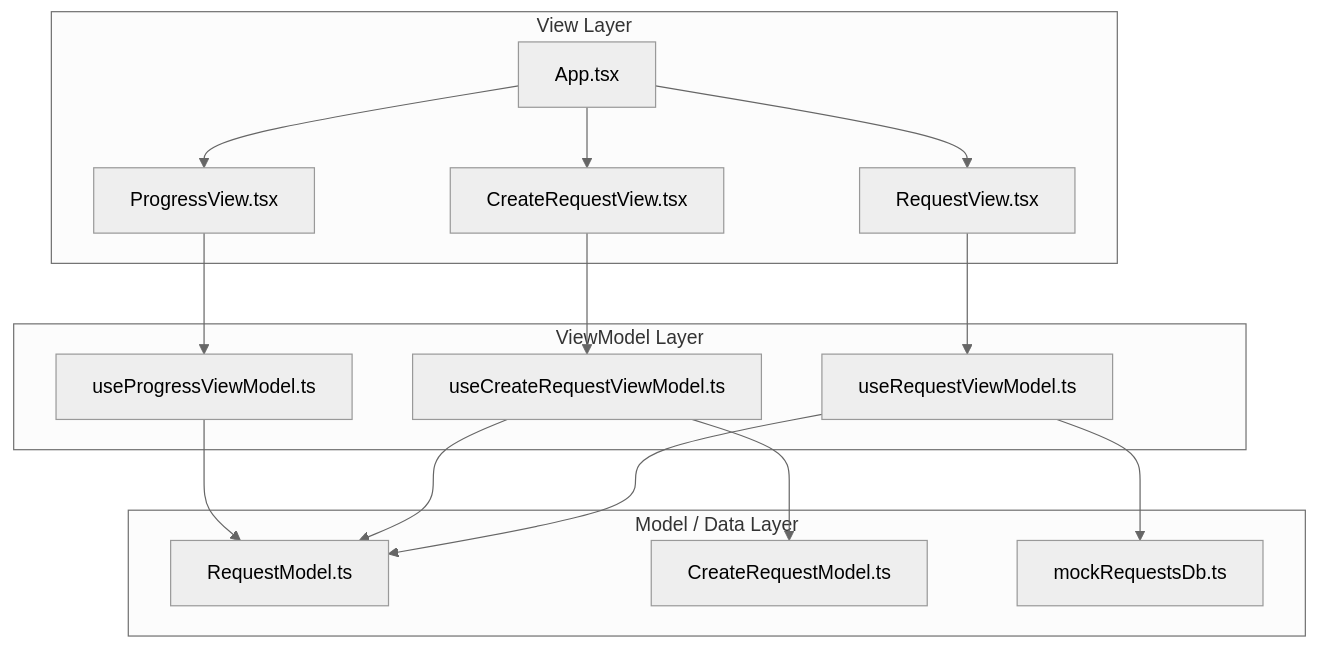
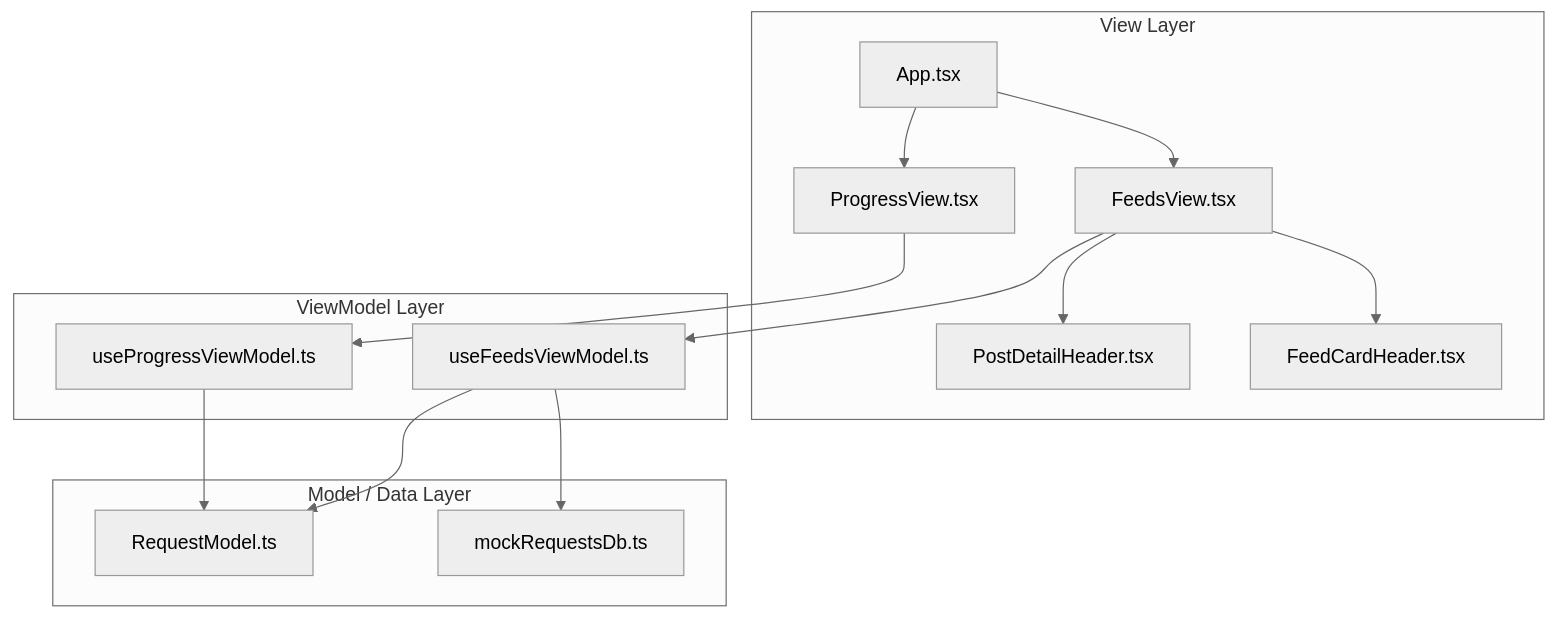
One commit to askeladddddd/bayanihanboard_group5 changed the second of 2 diagrams in README.md. Above: the diagram before and after it, drawn with Mermaid (neutral theme). The commit also changed other lines of this file and 48 other files, not shown here.

Commit message:
feat(ui): polish kubo progress view and feed card UI

````diff
--- a/README.md
+++ b/README.md
@@ -75,35 +75,32 @@
 ```mermaid
 graph TD
     subgraph View Layer
         A[App.tsx]
-        B[RequestView.tsx]
-        C[CreateRequestView.tsx]
-        D[ProgressView.tsx]
+        B[FeedsView.tsx]
+        C[ProgressView.tsx]
+        D[PostDetailHeader.tsx]
+        E[FeedCardHeader.tsx]
     end
 
     subgraph ViewModel Layer
-        E[useRequestViewModel.ts]
-        F[useCreateRequestViewModel.ts]
+        F[useFeedsViewModel.ts]
         G[useProgressViewModel.ts]
     end
 
     subgraph Model / Data Layer
         H[RequestModel.ts]
-        I[CreateRequestModel.ts]
-        J[mockRequestsDb.ts]
+        I[mockRequestsDb.ts]
     end
 
     A --> B
     A --> C
-    A --> D
+    B --> D
+    B --> E
 
-    B --> E
-    C --> F
-    D --> G
+    B --> F
+    C --> G
 
-    E --> H
-    E --> J
+    F --> H
     F --> I
-    F --> H
     G --> H
 ```
````
